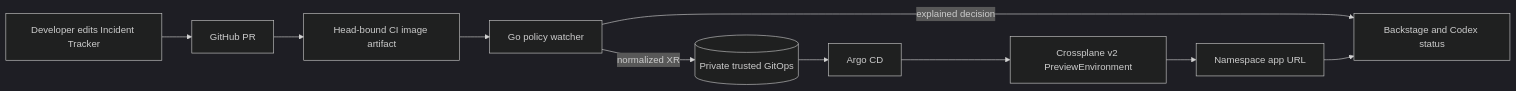
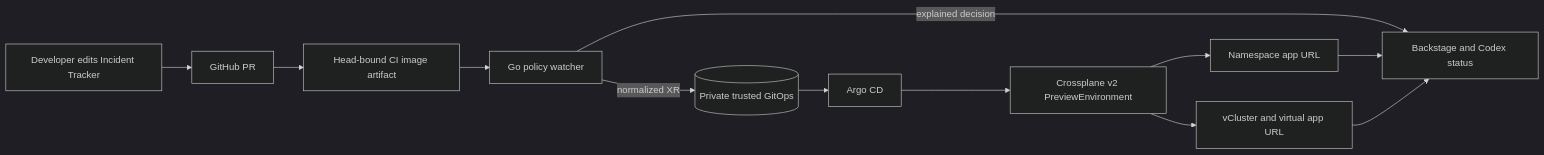
Before and after one commit to YASHMAHAKAL/crossplane-preview-platform: the diagram in docs/demo.md, drawn with Mermaid (dark theme). The commit also changed other lines of this file and 1 other file, not shown here.

Commit message:
Document owner-specific setup assumptions and current demo flow

````diff
--- a/docs/demo.md
+++ b/docs/demo.md
@@ -5,12 +5,14 @@
 ```mermaid
 flowchart LR
     Edit[Developer edits Incident Tracker] --> PR[GitHub PR]
     PR --> CI[Head-bound CI image artifact]
     CI --> Watcher[Go policy watcher]
     Watcher -->|explained decision| Status[Backstage and Codex status]
     Watcher -->|normalized XR| GitOps[(Private trusted GitOps)]
     GitOps --> Argo[Argo CD]
     Argo --> XR[Crossplane v2 PreviewEnvironment]
-    XR --> App[Namespace app URL]
-    App --> Status
+    XR --> Namespace[Namespace app URL]
+    XR --> VCluster[vCluster and virtual app URL]
+    Namespace --> Status
+    VCluster --> Status
 ```
````
